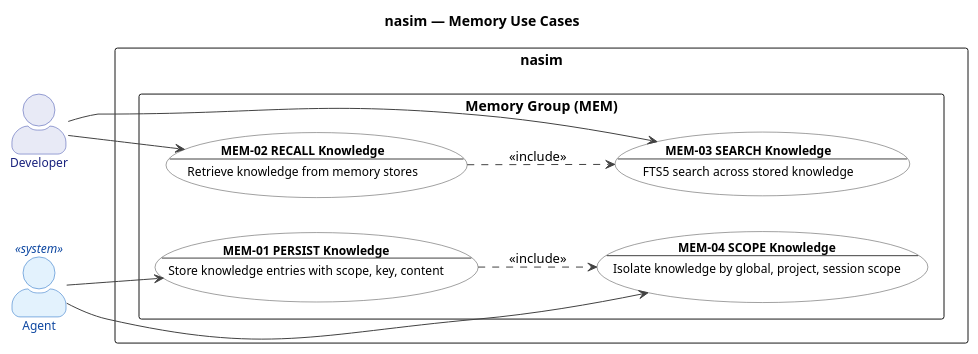
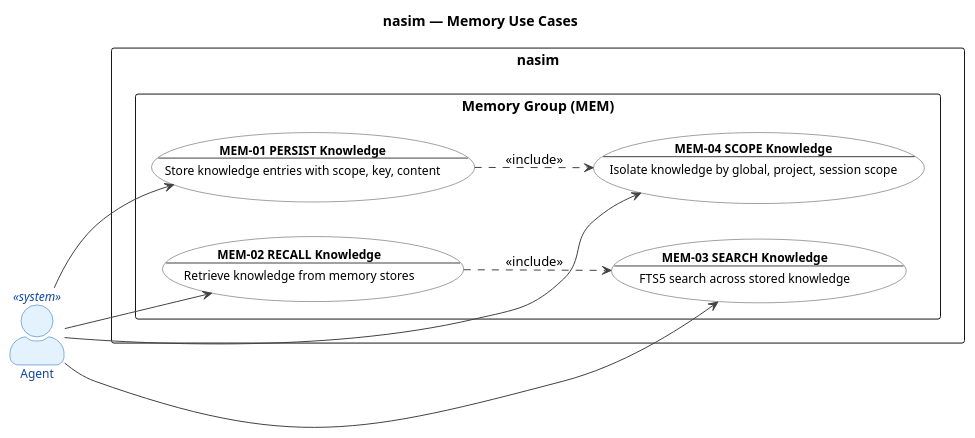
One commit to salimnamvar/nasim changed the third of 22 diagrams in UC.md. Above: the diagram before and after it, drawn with PlantUML. The commit also changed other lines of this file and 9 other files, not shown here.

```diff
--- a/UC.md
+++ b/UC.md
@@ -336,78 +373,77 @@
 @startuml uc_memory
 
 ' ============================================================
 ' Title:     nasim — UC: Memory Group
 ' Group:     MEM (Memory)
 ' Boundary:  nasim code agent
 ' Purpose:   Cross-session knowledge persistence, retrieval, and RAG adapters
 ' Milestone: v1.0
 ' Version:   6.0.0
 ' Source:    docs/ENTITIES.md
 ' Review:    docs/audit/audit.2026.06.20.uc-layer.car.md
 ' ============================================================
 
 left to right direction
 
 title nasim — Memory Use Cases
 
 skinparam actorStyle awesome
 skinparam packageStyle rectangle
 
 skinparam usecase {
   BackgroundColor #FFFFFF
   BorderColor #424242
   FontColor #000000
   ArrowColor #424242
   FontSize 12
 }
 
 skinparam actor {
   BackgroundColor #E8EAF6
   BorderColor #3949AB
   FontColor #1A237E
   FontSize 12
 }
 
 skinparam actor<<system>> {
   BackgroundColor #E3F2FD
   BorderColor #1565C0
   FontColor #0D47A1
 }
 
 ' ============================================================
 ' Actors
 ' ============================================================
 
-actor "Developer" as Developer
 actor "Agent" as Agent <<system>>
 
 ' ============================================================
 ' System Boundary
 ' ============================================================
 
 rectangle "nasim" {
   package "Memory Group (MEM)" {
     usecase "**MEM-01 PERSIST Knowledge**\n--\nStore knowledge entries with scope, key, content" as MEM01
     usecase "**MEM-02 RECALL Knowledge**\n--\nRetrieve knowledge from memory stores" as MEM02
     usecase "**MEM-03 SEARCH Knowledge**\n--\nFTS5 search across stored knowledge" as MEM03
     usecase "**MEM-04 SCOPE Knowledge**\n--\nIsolate knowledge by global, project, session scope" as MEM04
   }
 }
 
 ' ============================================================
 ' Actor -> Use Case Associations
 ' ============================================================
 
-Developer --> MEM02
-Developer --> MEM03
 Agent --> MEM01
+Agent --> MEM02
+Agent --> MEM03
 Agent --> MEM04
 
 ' ============================================================
 ' Relationships
 ' ============================================================
 
 MEM01 ..> MEM04 : <<include>>
 MEM02 ..> MEM03 : <<include>>
 
 @enduml
```
